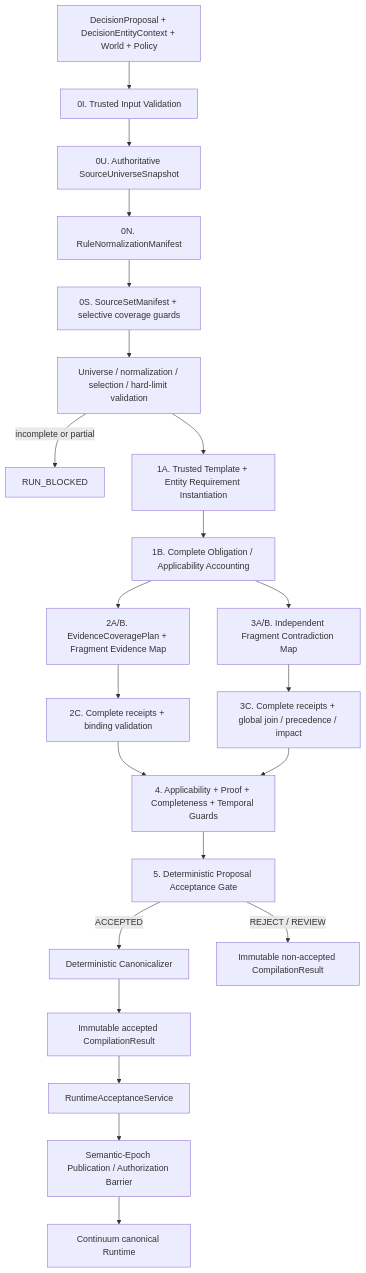
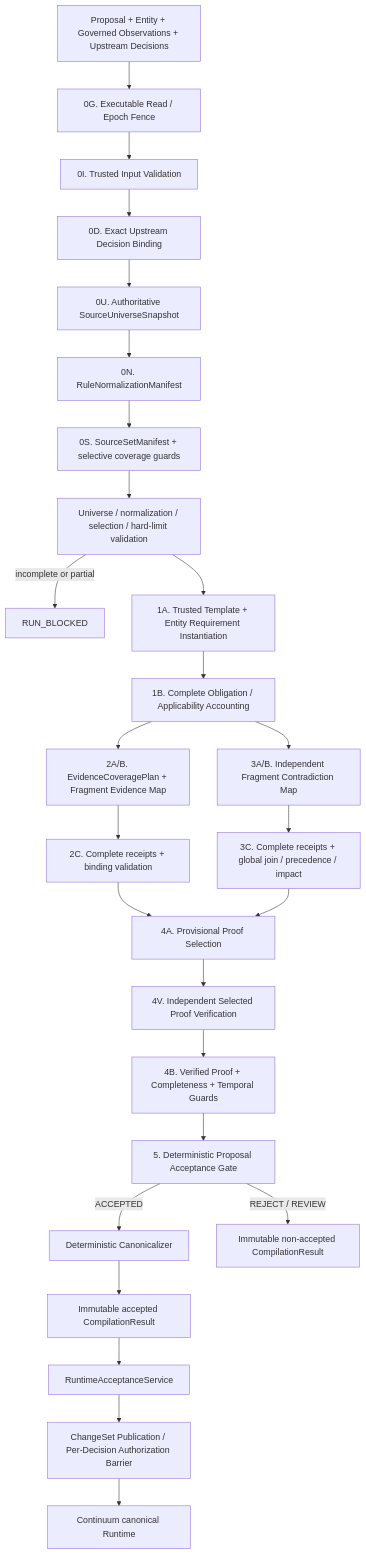
The first of 2 diagrams in docs/continuum_module_01_semantic_dependency_compiler/02_ARCHITECTURE.md (dabaitudiu/continuum), drawn with Mermaid before and after one commit. The commit also changed other lines of this file and 18 other files, not shown here.

Commit message:
docs: revise option B architecture to revision 5

````diff
--- a/docs/continuum_module_01_semantic_dependency_compiler/02_ARCHITECTURE.md
+++ b/docs/continuum_module_01_semantic_dependency_compiler/02_ARCHITECTURE.md
@@ -11,24 +11,28 @@
 ```mermaid
 flowchart TD
-    A[DecisionProposal + DecisionEntityContext + World + Policy] --> V[0I. Trusted Input Validation]
-    V --> U[0U. Authoritative SourceUniverseSnapshot]
+    A[Proposal + Entity + Governed Observations + Upstream Decisions] --> G[0G. Executable Read / Epoch Fence]
+    G --> V[0I. Trusted Input Validation]
+    V --> D0[0D. Exact Upstream Decision Binding]
+    D0 --> U[0U. Authoritative SourceUniverseSnapshot]
     U --> R[0N. RuleNormalizationManifest]
     R --> C[0S. SourceSetManifest + selective coverage guards]
     C --> C1[Universe / normalization / selection / hard-limit validation]
     C1 -->|incomplete or partial| RB[RUN_BLOCKED]
     C1 --> D[1A. Trusted Template + Entity Requirement Instantiation]
     D --> F[1B. Complete Obligation / Applicability Accounting]
-    F --> G[2A/B. EvidenceCoveragePlan + Fragment Evidence Map]
-    G --> G1[2C. Complete receipts + binding validation]
+    F --> E2[2A/B. EvidenceCoveragePlan + Fragment Evidence Map]
+    E2 --> G1[2C. Complete receipts + binding validation]
     F --> H[3A/B. Independent Fragment Contradiction Map]
     H --> H1[3C. Complete receipts + global join / precedence / impact]
-    G1 --> I[4. Applicability + Proof + Completeness + Temporal Guards]
-    H1 --> I
+    G1 --> P[4A. Provisional Proof Selection]
+    H1 --> P
+    P --> PV[4V. Independent Selected Proof Verification]
+    PV --> I[4B. Verified Proof + Completeness + Temporal Guards]
     I --> J[5. Deterministic Proposal Acceptance Gate]
     J -->|ACCEPTED| K[Deterministic Canonicalizer]
     J -->|REJECT / REVIEW| L[Immutable non-accepted CompilationResult]
     K --> M[Immutable accepted CompilationResult]
     M --> N[RuntimeAcceptanceService]
-    N --> B[Semantic-Epoch Publication / Authorization Barrier]
+    N --> B[ChangeSet Publication / Per-Decision Authorization Barrier]
     B --> O[Continuum canonical Runtime]
 ```
````
